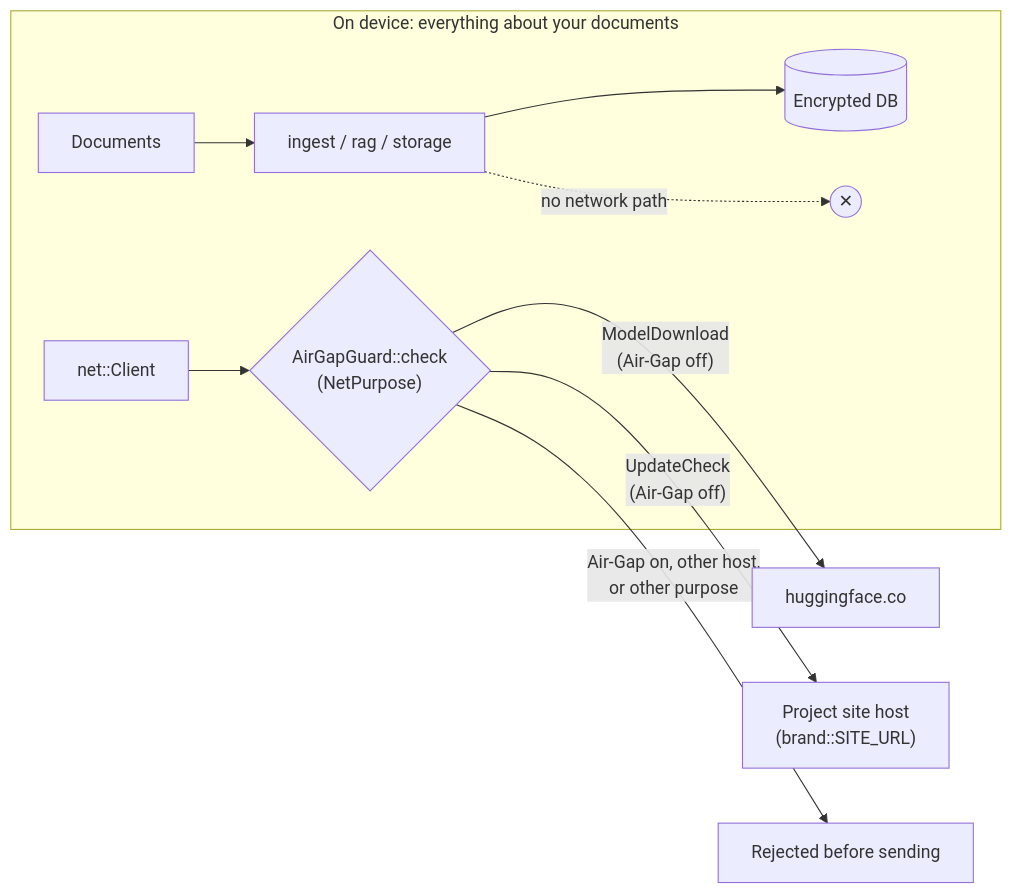
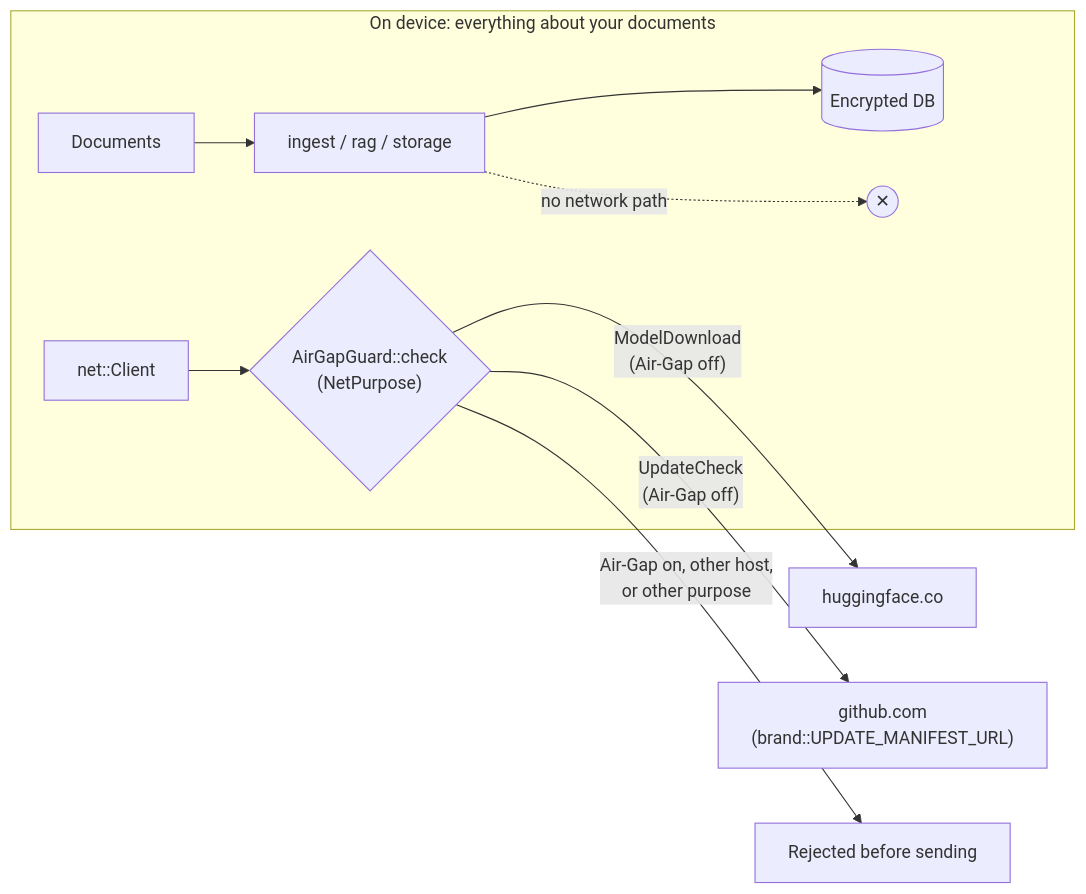
The third of 3 diagrams in docs/architecture.md (skyoo2003/hush), drawn with Mermaid before and after one commit. The commit also changed other lines of this file and 35 other files, not shown here.

````diff
--- a/docs/architecture.md
+++ b/docs/architecture.md
@@ -60,12 +60,12 @@
 ```mermaid
 flowchart LR
   subgraph Device["On device: everything about your documents"]
     DOCS["Documents"] --> APP["ingest / rag / storage"]
     APP --> DB[("Encrypted DB")]
     APP -. "no network path" .-> X(("✕"))
     NETC["net::Client"] --> G{"AirGapGuard::check<br/>(NetPurpose)"}
   end
   G -- "ModelDownload<br/>(Air-Gap off)" --> HF["huggingface.co"]
-  G -- "UpdateCheck<br/>(Air-Gap off)" --> SITE["Project site host<br/>(brand::SITE_URL)"]
+  G -- "UpdateCheck<br/>(Air-Gap off)" --> GH["github.com<br/>(brand::UPDATE_MANIFEST_URL)"]
   G -- "Air-Gap on, other host,<br/>or other purpose" --> BLOCK["Rejected before sending"]
 ```
````
